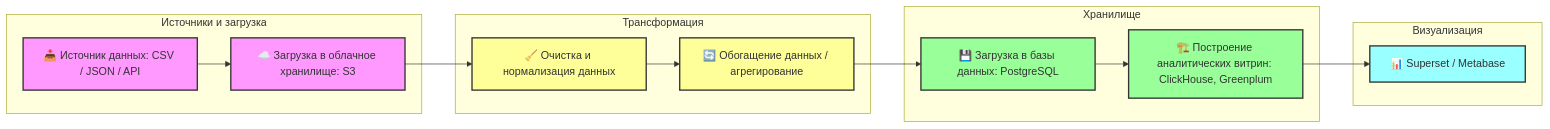
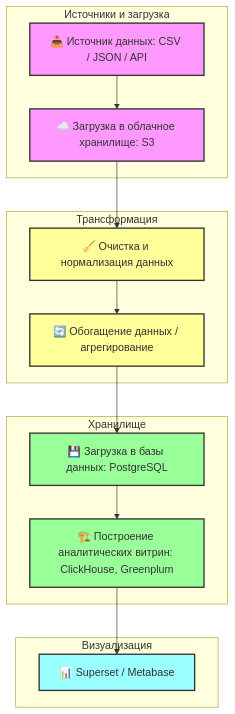
One commit to Dia-no-Ace/Dia-no-Ace changed the diagram in README.md. Above: the diagram before and after it, drawn with Mermaid.

````diff
--- a/README.md
+++ b/README.md
@@ -29,35 +29,35 @@
 ```mermaid
-flowchart LR
+flowchart TB
     %% Первый уровень: источники и загрузка
     subgraph Источники и загрузка
         A[📥 Источник данных: CSV / JSON / API] --> B[☁️ Загрузка в облачное хранилище: S3]
     end
 
     %% Второй уровень: трансформация
     subgraph Трансформация
         B --> C[🧹 Очистка и нормализация данных]
         C --> D[🔄 Обогащение данных / агрегирование]
     end
 
     %% Третий уровень: хранилище
     subgraph Хранилище
         D --> E[💾 Загрузка в базы данных: PostgreSQL]
         E --> F[🏗️ Построение аналитических витрин: ClickHouse, Greenplum]
     end
 
     %% Четвертый уровень: визуализация
     subgraph Визуализация
         F --> G[📊 Superset / Metabase]
     end
 
     %% Стили
     classDef source fill:#f9f,stroke:#333,stroke-width:2px;
     classDef transform fill:#ff9,stroke:#333,stroke-width:2px;
     classDef storage fill:#9f9,stroke:#333,stroke-width:2px;
     classDef analytics fill:#9ff,stroke:#333,stroke-width:2px;
 
     class A,B source;
     class C,D transform;
     class E,F storage;
     class G analytics;
 ```
````
